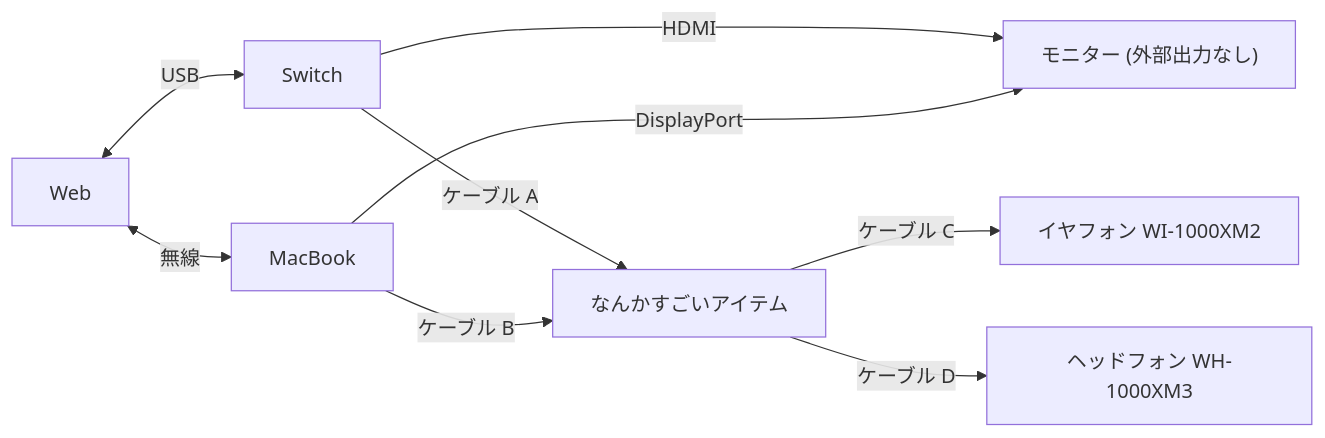
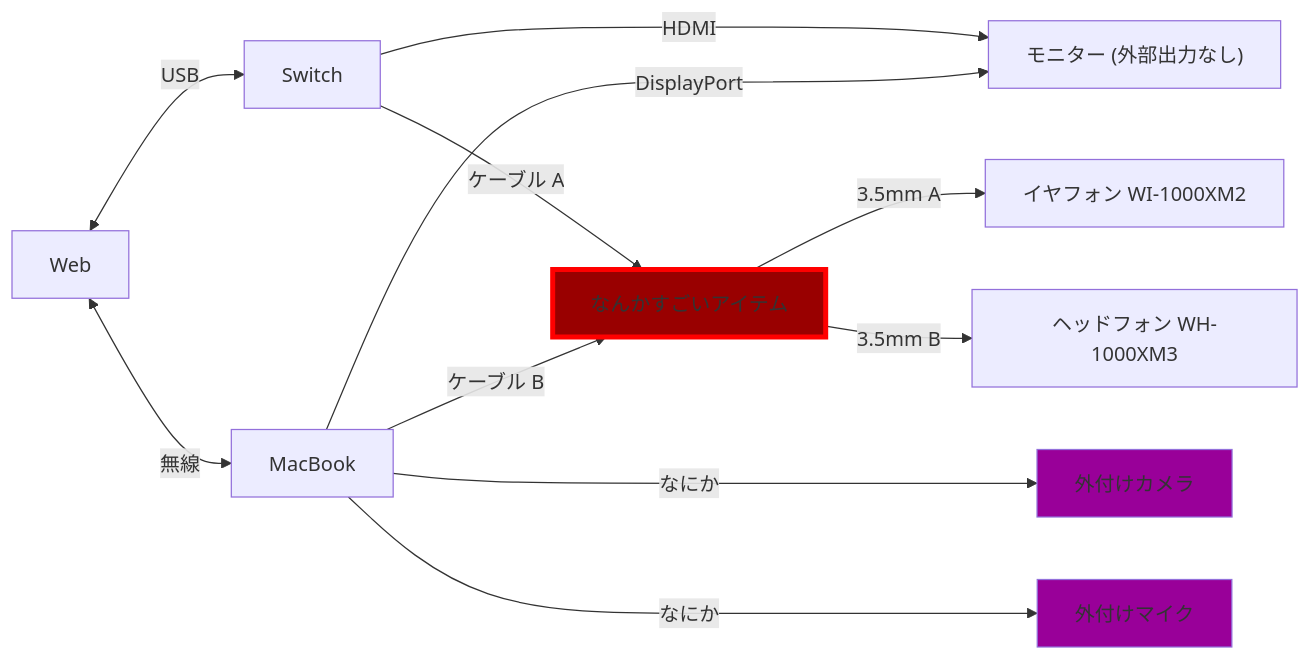
One commit to kotaoue/gamemo changed the second of 2 diagrams in environment/desktop.md. Above: the diagram before and after it, drawn with Mermaid. The commit also changed other lines of this file, not shown here.

Commit message:
update memo

````diff
--- a/environment/desktop.md
+++ b/environment/desktop.md
@@ -18,11 +17,16 @@
 ```mermaid
 flowchart LR
     Web <-->|USB| Switch
     Switch --->|HDMI| Monitor["モニター (外部出力なし)"]
     Switch -->|"ケーブル A"| Gadget
     Web <-->|無線| MacBook
     MacBook --->|DisplayPort| Monitor
     MacBook -->|"ケーブル B"| Gadget[なんかすごいアイテム]
-    Gadget -->|"ケーブル C"| イヤフォン["イヤフォン WI-1000XM2"]
-    Gadget -->|"ケーブル D"| ヘッドフォン["ヘッドフォン WH-1000XM3"]
+    MacBook --->|なにか| 外付けカメラ
+    MacBook --->|なにか| 外付けマイク
+    Gadget -->|"3.5mm A"| イヤフォン["イヤフォン WI-1000XM2"]
+    Gadget -->|"3.5mm B"| ヘッドフォン["ヘッドフォン WH-1000XM3"]
+    style Gadget fill:#900,stroke:#f00,stroke-width:4px
+    style 外付けカメラ fill:#909
+    style 外付けマイク fill:#909
 ```
````
